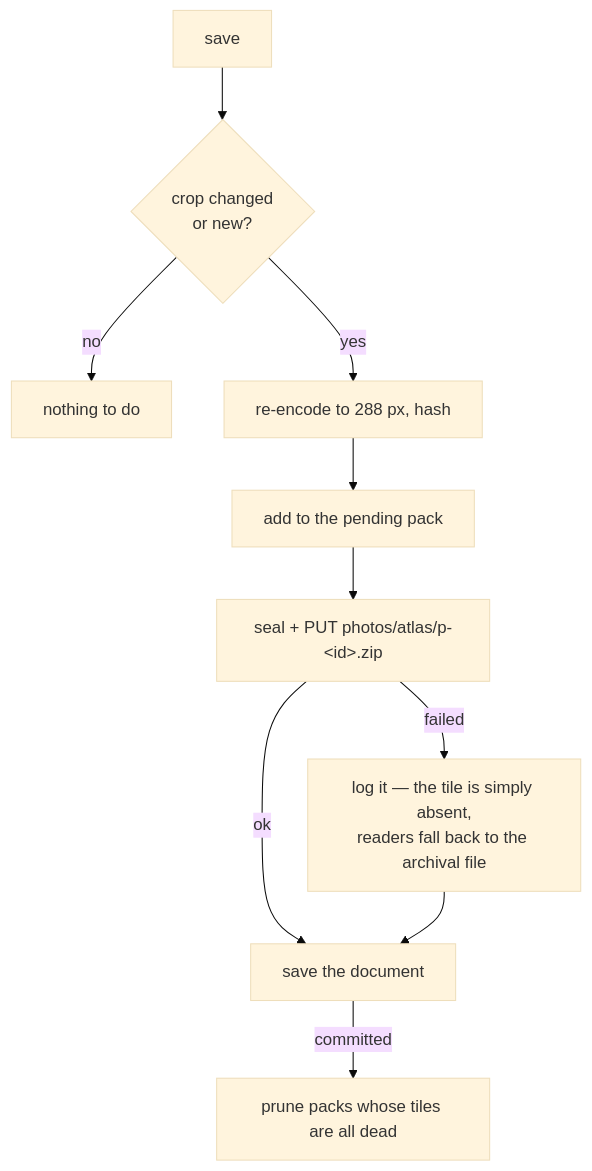
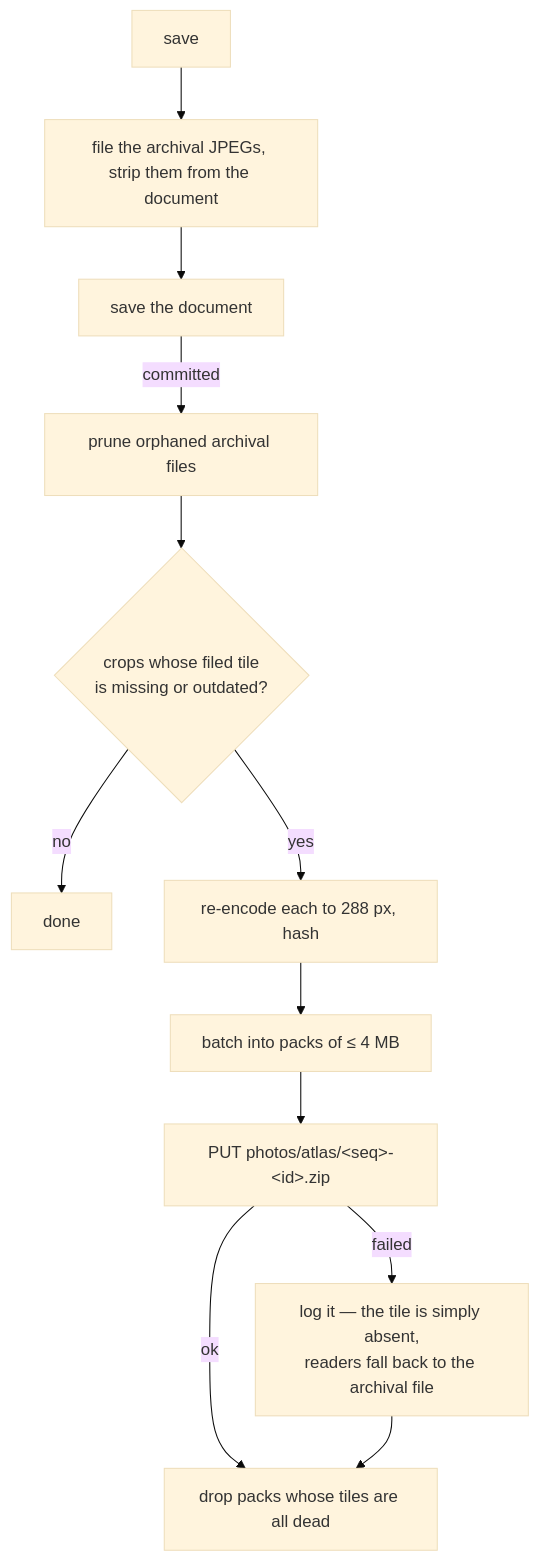
Before and after one commit to niclaslindstedt/contacts: the diagram in docs/design/photo-atlas.md, drawn with Mermaid (base theme). The commit also changed other lines of this file and 22 other files, not shown here.

````diff
--- a/docs/design/photo-atlas.md
+++ b/docs/design/photo-atlas.md
@@ -145,12 +141,14 @@
 ```mermaid
 flowchart TD
-  A[save] --> B{crop changed<br/>or new?}
-  B -- no --> C[nothing to do]
-  B -- yes --> D[re-encode to 288 px, hash]
-  D --> E[add to the pending pack]
-  E --> F[seal + PUT photos/atlas/p-&lt;id&gt;.zip]
-  F -- ok --> G[save the document]
-  F -- failed --> H[log it — the tile is simply absent,<br/>readers fall back to the archival file]
-  H --> G
-  G -- committed --> I[prune packs whose tiles are all dead]
+  A[save] --> B[file the archival JPEGs, strip them from the document]
+  B --> C[save the document]
+  C -- committed --> D[prune orphaned archival files]
+  D --> E{crops whose filed tile<br/>is missing or outdated?}
+  E -- no --> F[done]
+  E -- yes --> G[re-encode each to 288 px, hash]
+  G --> H[batch into packs of ≤ 4 MB]
+  H --> I[PUT photos/atlas/&lt;seq&gt;-&lt;id&gt;.zip]
+  I -- ok --> J[drop packs whose tiles are all dead]
+  I -- failed --> K[log it — the tile is simply absent,<br/>readers fall back to the archival file]
+  K --> J
 ```
````
